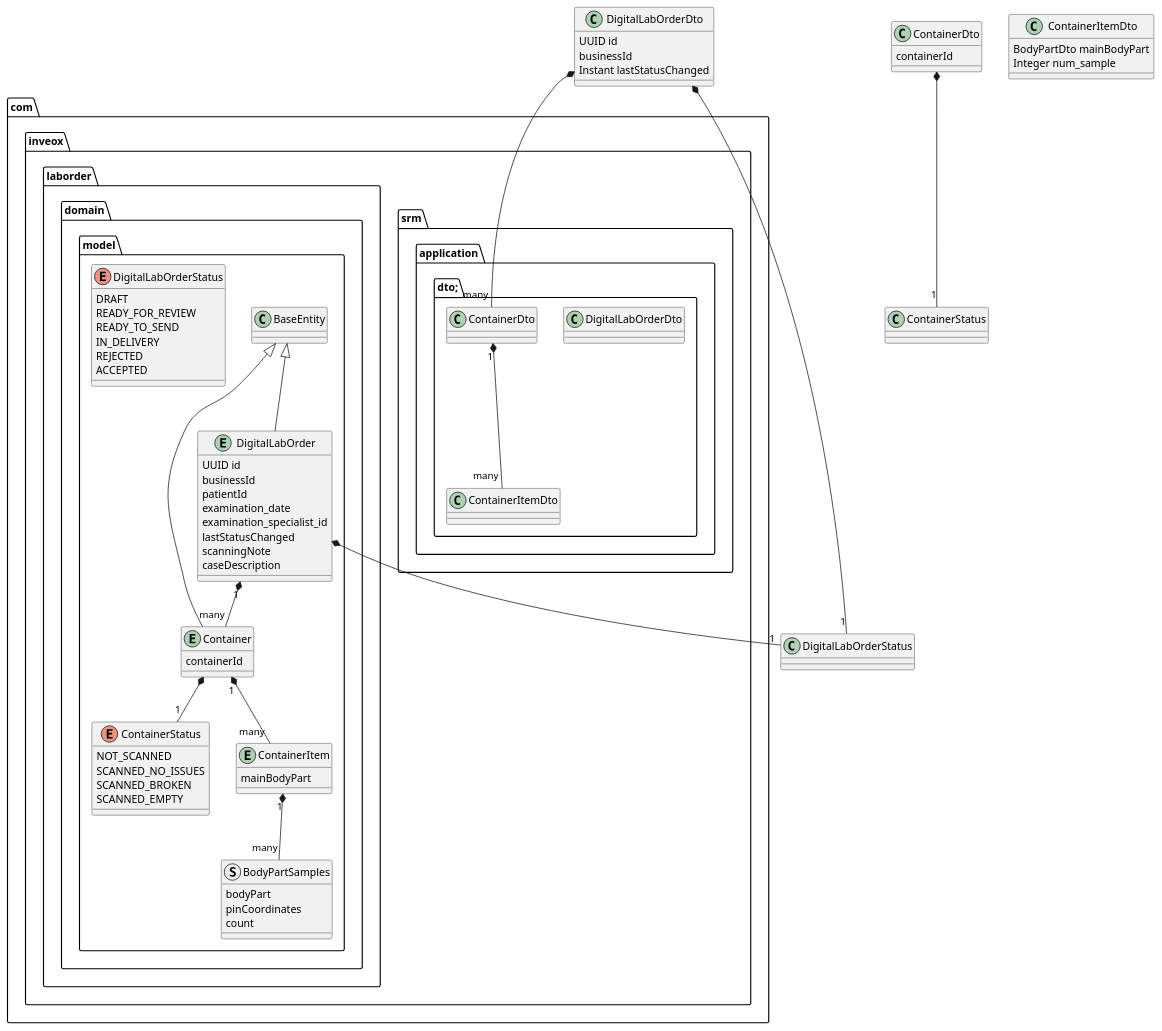
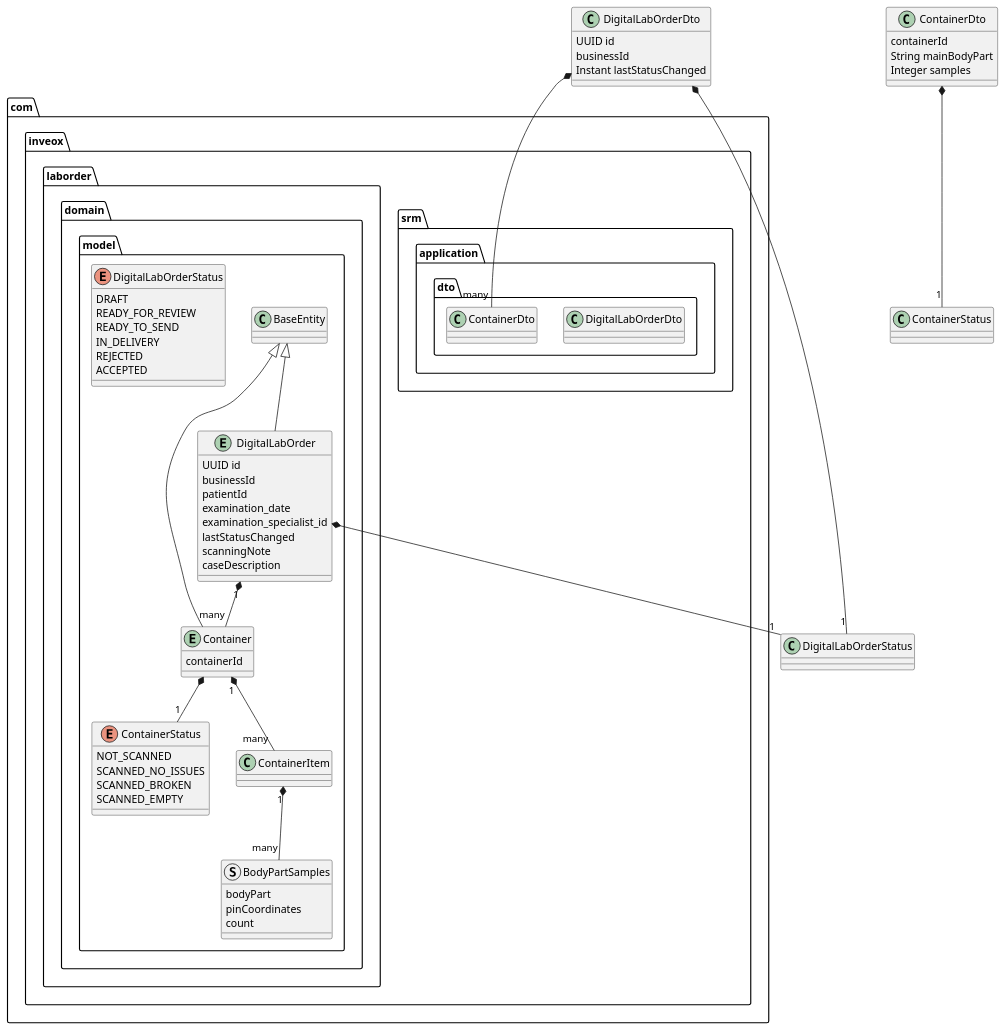
The diagram in srm/src/plantuml/srm_dto_from_laborder_model.puml (Qojgjg/playing-java-quarkus-mono), drawn with PlantUML before and after one commit. The commit also changed 5 other files, not shown here.

Commit message:
containerItem removed

```diff
--- a/srm/src/plantuml/srm_dto_from_laborder_model.puml
+++ b/srm/src/plantuml/srm_dto_from_laborder_model.puml
@@ -1,89 +1,79 @@
 @startuml
 
 
-package com.inveox.srm.application.dto;{
-
+package com.inveox.srm.application.dto{
     class DigitalLabOrderDto
-
-
     class ContainerDto
-    class ContainerItemDto
-
 }
 
 
 class DigitalLabOrderDto {
     UUID id
 	businessId	
 	Instant lastStatusChanged
 }
 
 DigitalLabOrderDto *-- "1" DigitalLabOrderStatus
 DigitalLabOrderDto *-- "many" ContainerDto
-ContainerDto "1" *-- "many" ContainerItemDto
+
 
 class ContainerDto {
     containerId
-}
-
-class ContainerItemDto {
-    BodyPartDto mainBodyPart
-    Integer num_sample
+    String mainBodyPart
+    Integer samples
 }
 
 ContainerDto *-- "1" ContainerStatus
 
 
 
 package com.inveox.laborder.domain.model {
 
 
  enum ContainerStatus {
     NOT_SCANNED
     SCANNED_NO_ISSUES
     SCANNED_BROKEN
     SCANNED_EMPTY
  }
 
 entity DigitalLabOrder {
     UUID id
     businessId
     patientId
     examination_date
     examination_specialist_id
     lastStatusChanged
     scanningNote
     caseDescription
     }
 entity Container {
     containerId
 }
 struct BodyPartSamples {
     bodyPart
     pinCoordinates
     count
 }
-entity ContainerItem{
-    mainBodyPart
-}
+
 BaseEntity <|-- DigitalLabOrder
 BaseEntity <|-- Container
 DigitalLabOrder "1" *-- "many" Container
 Container "1" *-- "many" ContainerItem
 ContainerItem "1" *-- "many" BodyPartSamples
 
 DigitalLabOrder *-- "1" DigitalLabOrderStatus
 Container *-- "1" ContainerStatus
 
 enum DigitalLabOrderStatus {
  DRAFT
  READY_FOR_REVIEW
  READY_TO_SEND
  IN_DELIVERY
  REJECTED
  ACCEPTED
 }
 
 }
 
 @enduml
```
